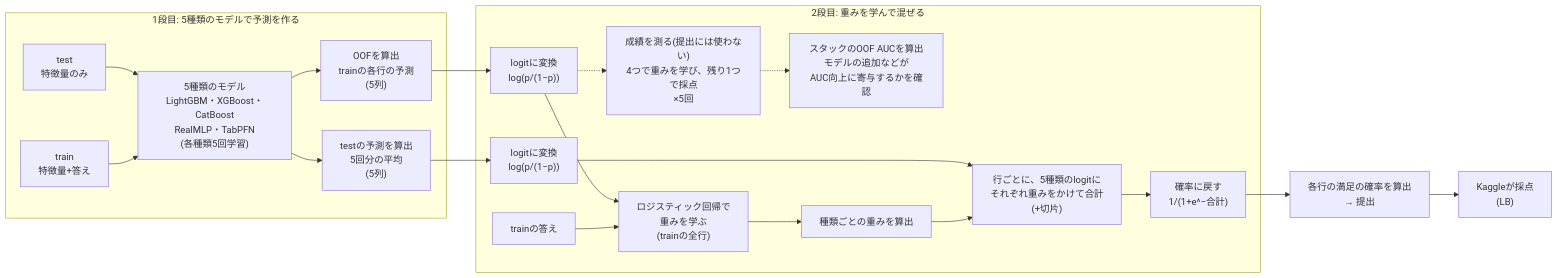
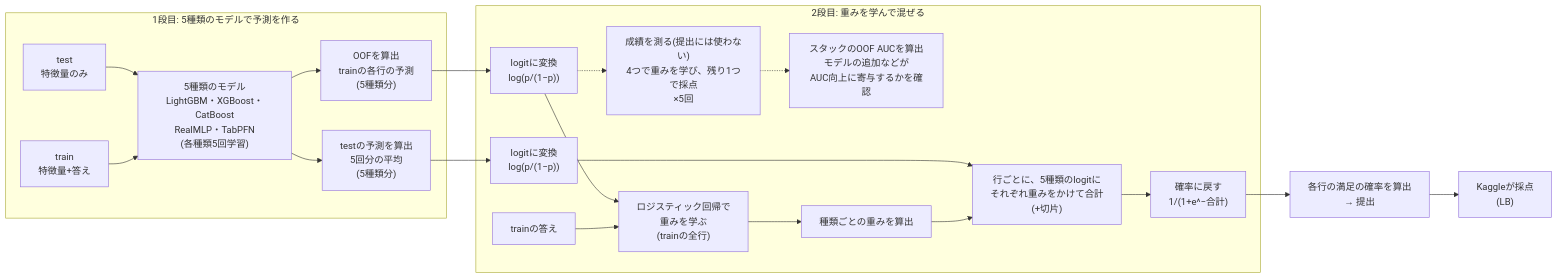
One commit to aramaki5443-art/kaggle-s6e10-airline-satisfaction changed the second of 3 diagrams in README.md. Above: the diagram before and after it, drawn with Mermaid. The commit also changed other lines of this file and 1 other file, not shown here.

````diff
--- a/README.md
+++ b/README.md
@@ -251,22 +251,22 @@
 ```mermaid
 flowchart LR
   subgraph S1["1段目: 5種類のモデルで予測を作る"]
     TE["test<br>特徴量のみ"] --> M["5種類のモデル<br>LightGBM・XGBoost・CatBoost<br>RealMLP・TabPFN<br>(各種類5回学習)"]
     TR["train<br>特徴量+答え"] --> M
-    M --> OOF["OOFを算出<br>trainの各行の予測<br>(5列)"]
-    M --> TP["testの予測を算出<br>5回分の平均<br>(5列)"]
+    M --> OOF["OOFを算出<br>trainの各行の予測<br>(5種類分)"]
+    M --> TP["testの予測を算出<br>5回分の平均<br>(5種類分)"]
   end
   subgraph S2["2段目: 重みを学んで混ぜる"]
     OOF --> LO1["logitに変換<br>log(p/(1−p))"]
     LO1 --> LR["ロジスティック回帰で<br>重みを学ぶ<br>(trainの全行)"]
     LO1 -.-> CV["成績を測る(提出には使わない)<br>4つで重みを学び、残り1つで採点<br>×5回"]
     CV -.-> AUC["スタックのOOF AUCを算出<br>モデルの追加などが<br>AUC向上に寄与するかを確認"]
     Y["trainの答え"] --> LR
     LR --> W["種類ごとの重みを算出"]
     TP --> LO2["logitに変換<br>log(p/(1−p))"]
     LO2 --> MIX["行ごとに、5種類のlogitに<br>それぞれ重みをかけて合計<br>(+切片)"]
     W --> MIX
     MIX --> SIG["確率に戻す<br>1/(1+e^−合計)"]
   end
   SIG --> SUB["各行の満足の確率を算出<br>→ 提出"] --> LB["Kaggleが採点<br>(LB)"]
 ```
````
